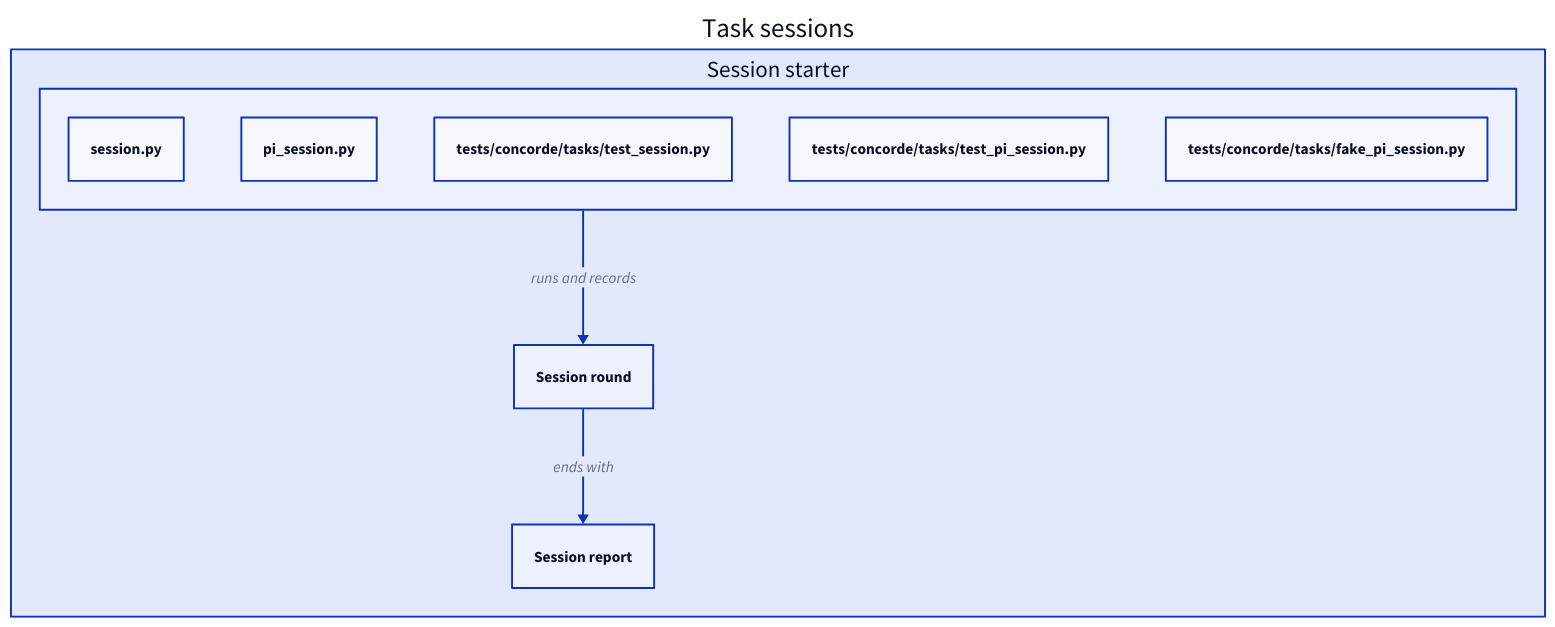
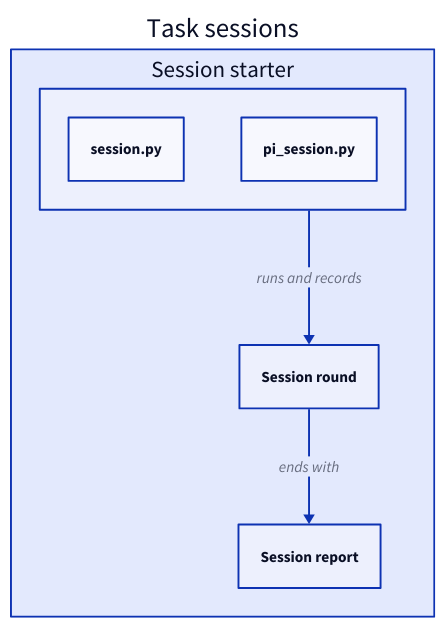
One commit to FTOD/concorde changed the second of 3 diagrams in specs/concorde/agents/task-session/module.md. Above: the diagram before and after it, drawn with D2. The commit also changed other lines of this file and 43 other files, not shown here.

````diff
--- a/specs/concorde/agents/task-session/module.md
+++ b/specs/concorde/agents/task-session/module.md
@@ -158,15 +200,12 @@
 ```d2
 tasksession: Task sessions {
   starter: Session starter {
     "session.py"
     "pi_session.py"
-    "tests/concorde/tasks/test_session.py"
-    "tests/concorde/tasks/test_pi_session.py"
-    "tests/concorde/tasks/fake_pi_session.py"
   }
   round: Session round
   report: Session report
   starter -> round: runs and records
   round -> report: ends with
 }
 ```
````
